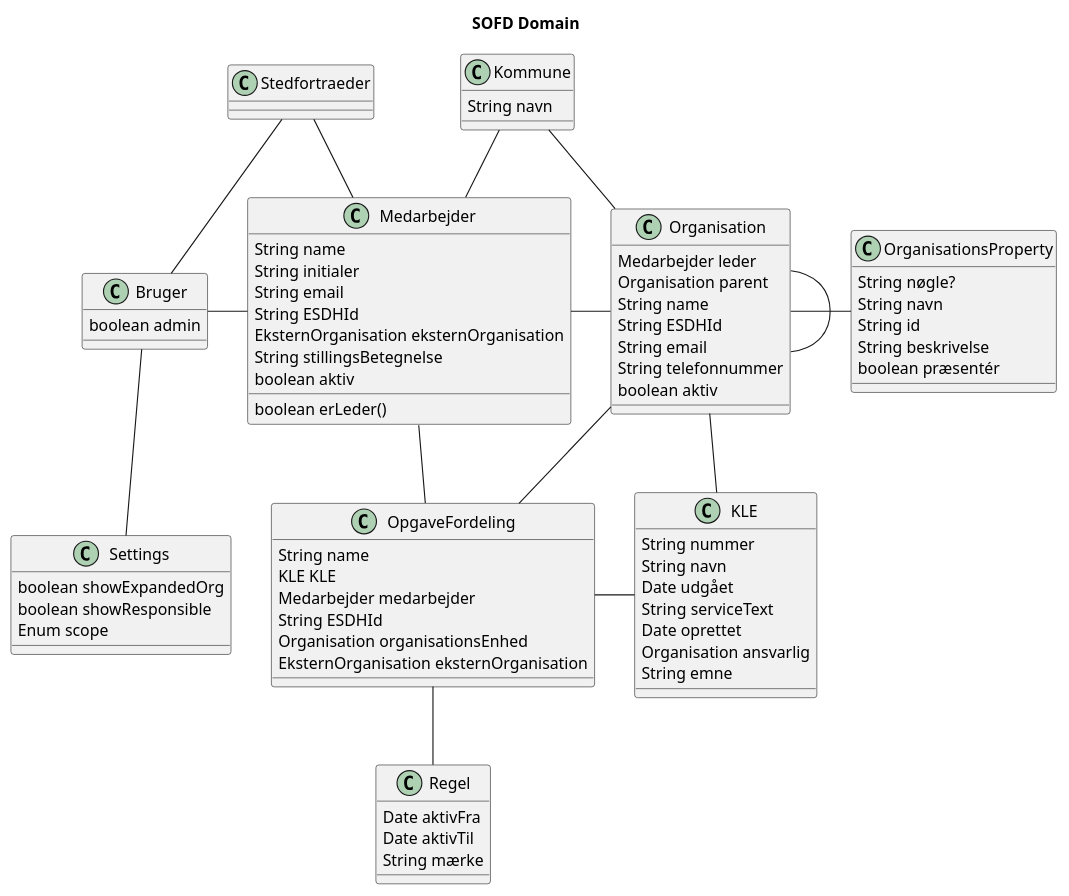
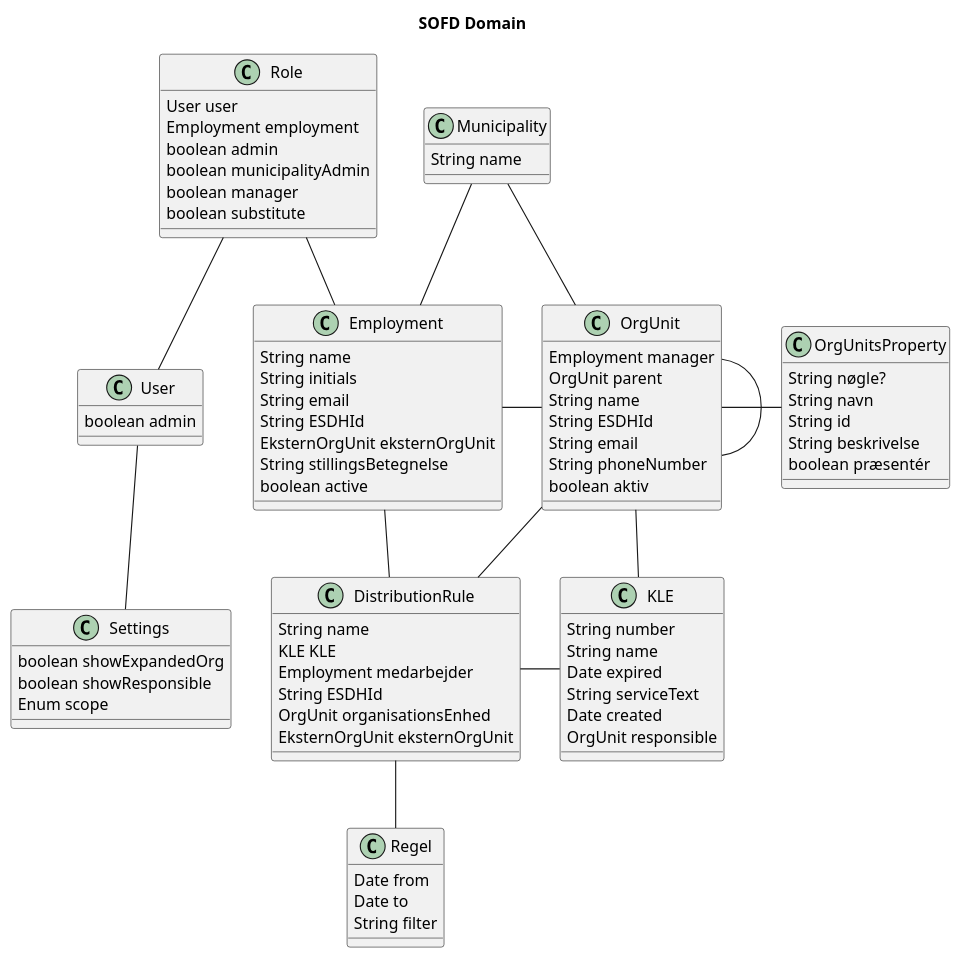
One commit to dibgraversen/os2opgavefordeler changed the diagram in docs/domain.puml. Above: the diagram before and after it, drawn with PlantUML.

Commit message:
updated domain diagram.

```diff
--- a/docs/domain.puml
+++ b/docs/domain.puml
@@ -1,89 +1,94 @@
 @startuml
 title SOFD Domain
 
-class Bruger {
+class User {
   boolean admin
 }
 
-class Kommune {
-  String navn
+class Role {
+  User user
+  Employment employment
+  boolean admin
+  boolean municipalityAdmin
+  boolean manager
+  boolean substitute
+}
+
+class Municipality {
+  String name
 }
 
 class Regel {
-  Date aktivFra
-  Date aktivTil
-  String mærke
+  Date from
+  Date to
+  String filter
 }
 
 class KLE {
-  String nummer
-  String navn
-  Date udgået
+  String number
+  String name
+  Date expired
   String serviceText
-  Date oprettet
-  Organisation ansvarlig
-  String emne
+  Date created
+  OrgUnit responsible
 }
 
-class OrganisationsProperty {
+class OrgUnitsProperty {
   String nøgle?
   String navn
   String id
   String beskrivelse
   boolean præsentér
 }
 
-class OpgaveFordeling {
+class DistributionRule {
   String name
   KLE KLE
-  Medarbejder medarbejder
+  Employment medarbejder
   String ESDHId
-  Organisation organisationsEnhed
-  EksternOrganisation eksternOrganisation
+  OrgUnit organisationsEnhed
+  EksternOrgUnit eksternOrgUnit
 }
 
-class Medarbejder {
+class Employment {
   String name
-  String initialer
+  String initials
   String email
   String ESDHId
-  EksternOrganisation eksternOrganisation
+  EksternOrgUnit eksternOrgUnit
   String stillingsBetegnelse
-  boolean aktiv
-  boolean erLeder()
-  
+  boolean active
 }
 
-class Organisation {
-  Medarbejder leder
-  Organisation parent
+class OrgUnit {
+  Employment manager
+  OrgUnit parent
   String name
   String ESDHId
   String email
-  String telefonnummer
+  String phoneNumber
   boolean aktiv
   
 }
 
 class Settings {
   boolean showExpandedOrg
   boolean showResponsible
   Enum scope
 }
 
-Stedfortraeder -- Medarbejder
-Stedfortraeder -- Bruger
-Kommune -- Medarbejder
-Kommune -- Organisation
-Organisation - Organisation
-Organisation - OrganisationsProperty
-Organisation -- OpgaveFordeling
-Organisation -- KLE
-Medarbejder -- OpgaveFordeling
-OpgaveFordeling - KLE
-Bruger - Medarbejder
-Bruger -- Settings
-Medarbejder - Organisation
-OpgaveFordeling -- Regel
+Role -- Employment
+Role -- User
+Municipality -- Employment
+Municipality -- OrgUnit
+OrgUnit - OrgUnit
+OrgUnit - OrgUnitsProperty
+OrgUnit -- DistributionRule
+OrgUnit -- KLE
+Employment -- DistributionRule
+DistributionRule - KLE
+User -- Settings
+Employment - OrgUnit
+DistributionRule -- Regel
 
 @enduml
```
